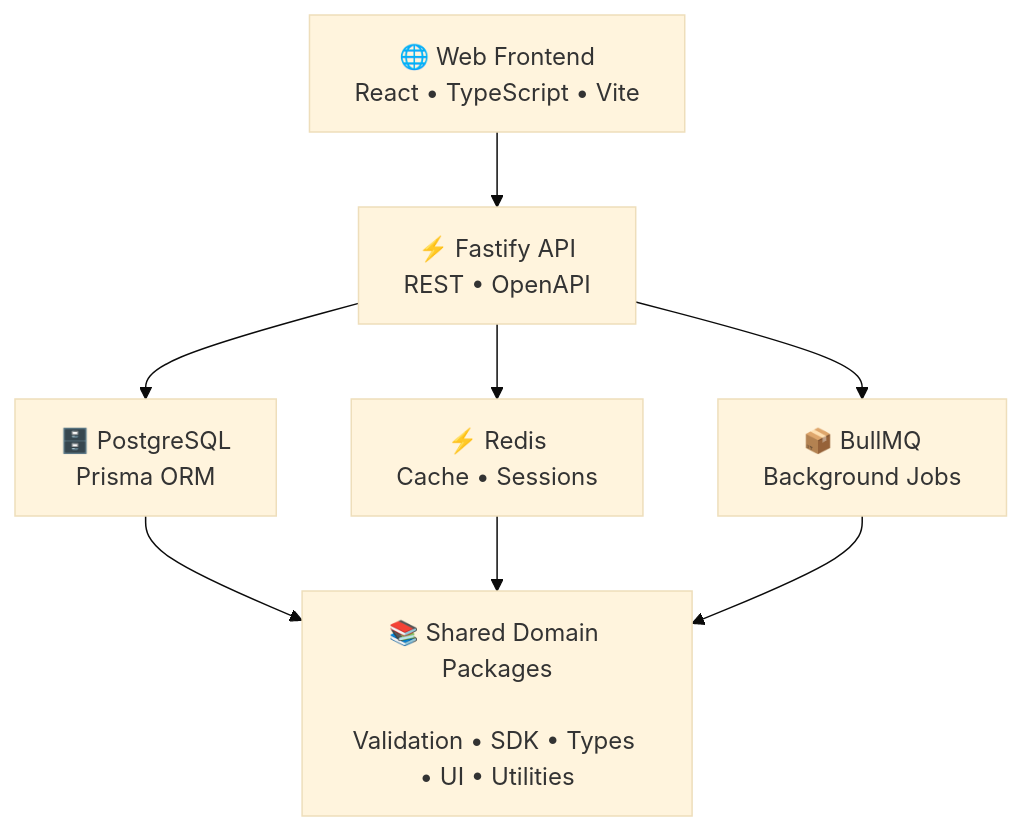
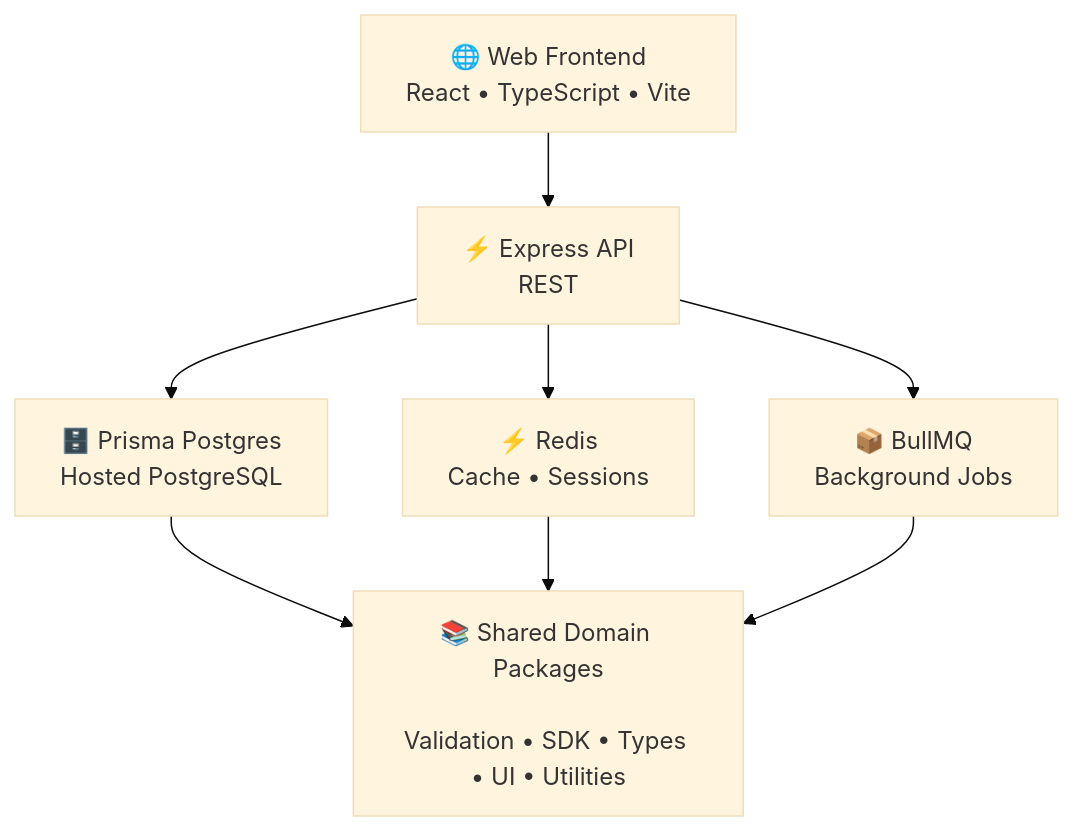
The first of 5 diagrams in README.md (evillan0315/vestara-admin-starter), drawn with Mermaid (base theme) before and after one commit. The commit also changed other lines of this file and 21 other files, not shown here.

First line of the commit message:
feat: migrate to Prisma Postgres + simplify CI workflow

````diff
--- a/README.md
+++ b/README.md
@@ -737,25 +737,25 @@
 ```mermaid
 flowchart TD
 
     FE["🌐 Web Frontend<br/>React • TypeScript • Vite"]
 
-    API["⚡ Fastify API<br/>REST • OpenAPI"]
+    API["⚡ Express API<br/>REST"]
 
-    DB["🗄️ PostgreSQL<br/>Prisma ORM"]
+    DB["🗄️ Prisma Postgres<br/>Hosted PostgreSQL"]
 
     REDIS["⚡ Redis<br/>Cache • Sessions"]
 
     QUEUE["📦 BullMQ<br/>Background Jobs"]
 
     SHARED["📚 Shared Domain Packages<br/><br/>Validation • SDK • Types • UI • Utilities"]
 
     FE --> API
 
     API --> DB
     API --> REDIS
     API --> QUEUE
 
     DB --> SHARED
     REDIS --> SHARED
     QUEUE --> SHARED
 ```
````
